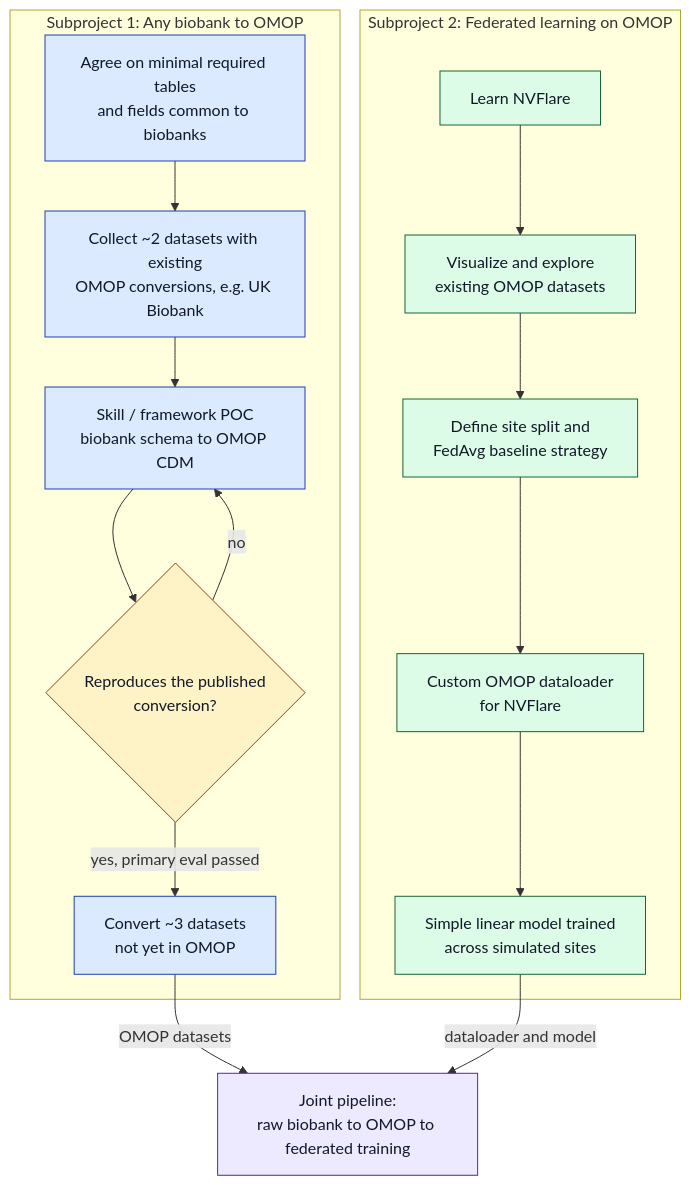
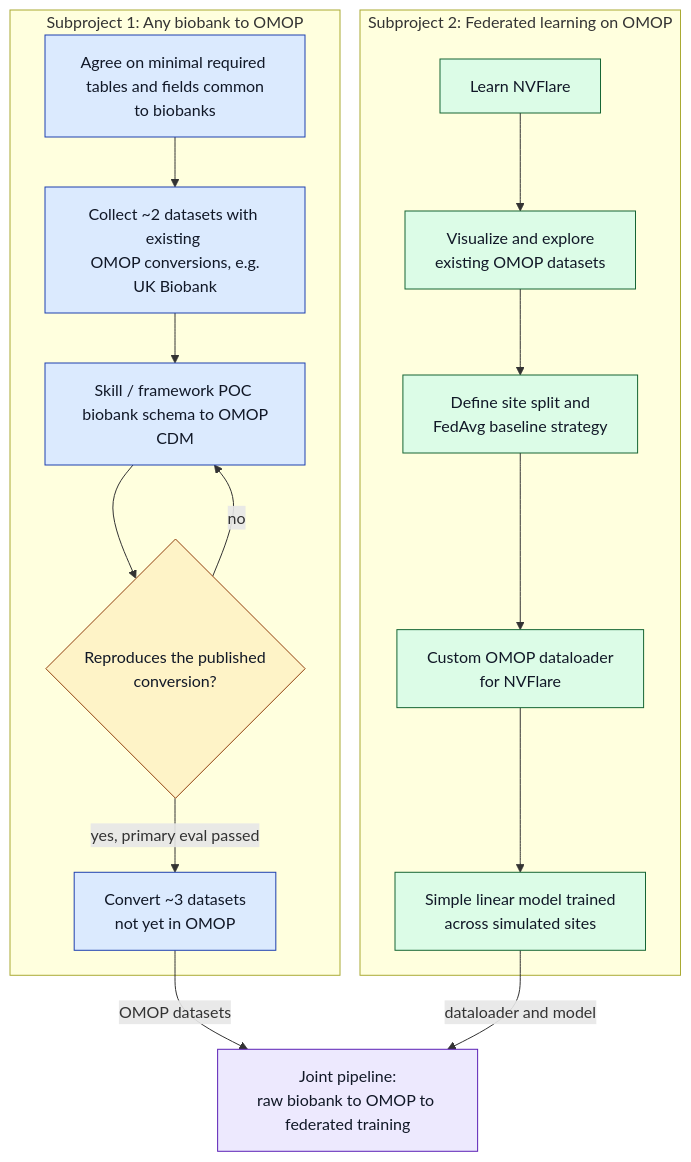
The diagram in README.md (collaborativebioinformatics/OMOP-federated-learning), drawn with Mermaid before and after one commit.

Commit message:
Refine text in flowchart for Subproject 1
Updated text formatting for clarity in flowchart.

````diff
--- a/README.md
+++ b/README.md
@@ -3,34 +3,34 @@
 ```mermaid
 flowchart TB
     subgraph SP1["Subproject 1: Any biobank to OMOP"]
-        A["Agree on minimal required tables<br/>and fields common to biobanks"]
-        B["Collect ~2 datasets with existing<br/>OMOP conversions, e.g. UK Biobank"]
-        C["Skill / framework POC<br/>biobank schema to OMOP CDM"]
+        A["Agree on minimal required <br/> tables and fields common to biobanks"]
+        B["Collect ~2 datasets with existing <br/> OMOP conversions, e.g. UK Biobank"]
+        C["Skill / framework POC <br/> biobank schema to OMOP CDM"]
         D{"Reproduces the published<br/>conversion?"}
         E["Convert ~3 datasets<br/>not yet in OMOP"]
         A --> B --> C --> D
         D -->|no| C
         D -->|yes, primary eval passed| E
     end
 
     subgraph SP2["Subproject 2: Federated learning on OMOP"]
         F["Learn NVFlare"]
         G["Visualize and explore<br/>existing OMOP datasets"]
         H["Define site split and<br/>FedAvg baseline strategy"]
         I["Custom OMOP dataloader<br/>for NVFlare"]
         K["Simple linear model trained<br/>across simulated sites"]
         F --> G --> H --> I --> K
     end
 
     E -->|OMOP datasets| J["Joint pipeline:<br/>raw biobank to OMOP to federated training"]
     K -->|dataloader and model| J
 
     classDef sp1 fill:#dbeafe,stroke:#1e40af,color:#111827
     classDef sp2 fill:#dcfce7,stroke:#166534,color:#111827
     classDef gate fill:#fef3c7,stroke:#92400e,color:#111827
     classDef out fill:#ede9fe,stroke:#5b21b6,color:#111827
     class A,B,C,E sp1
     class F,G,H,I,K sp2
     class D gate
     class J out
 ```
````
